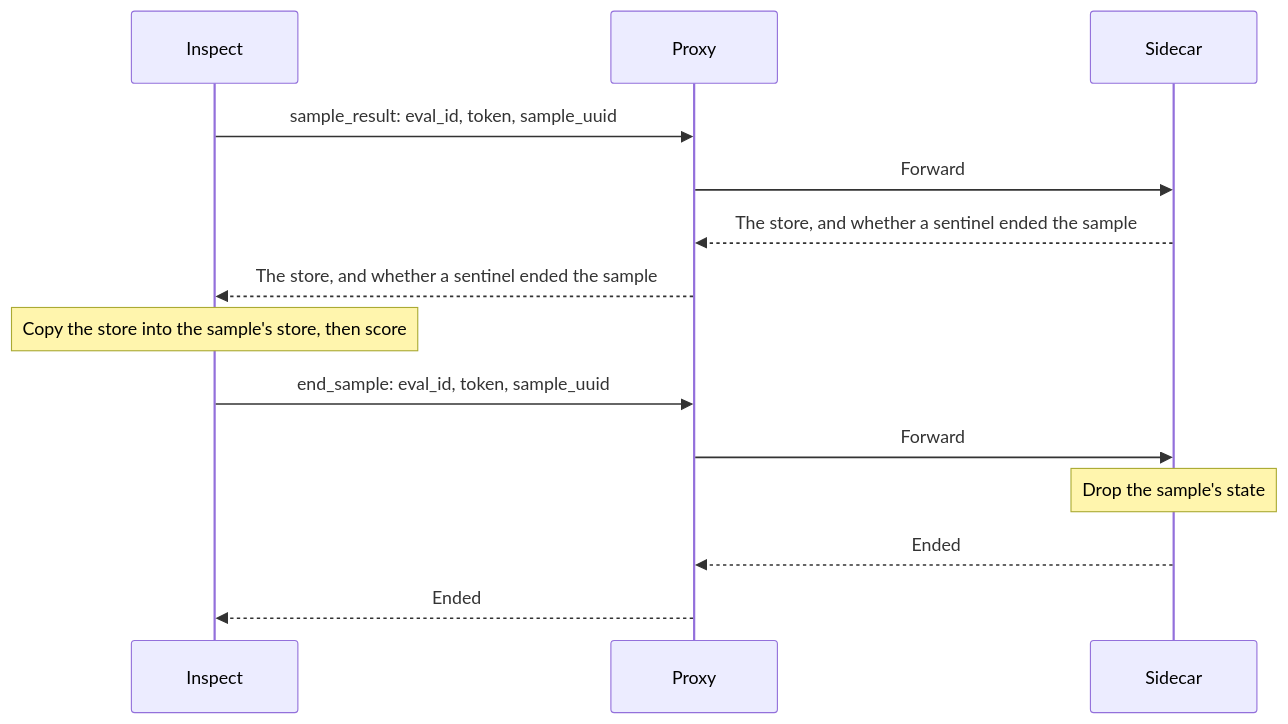
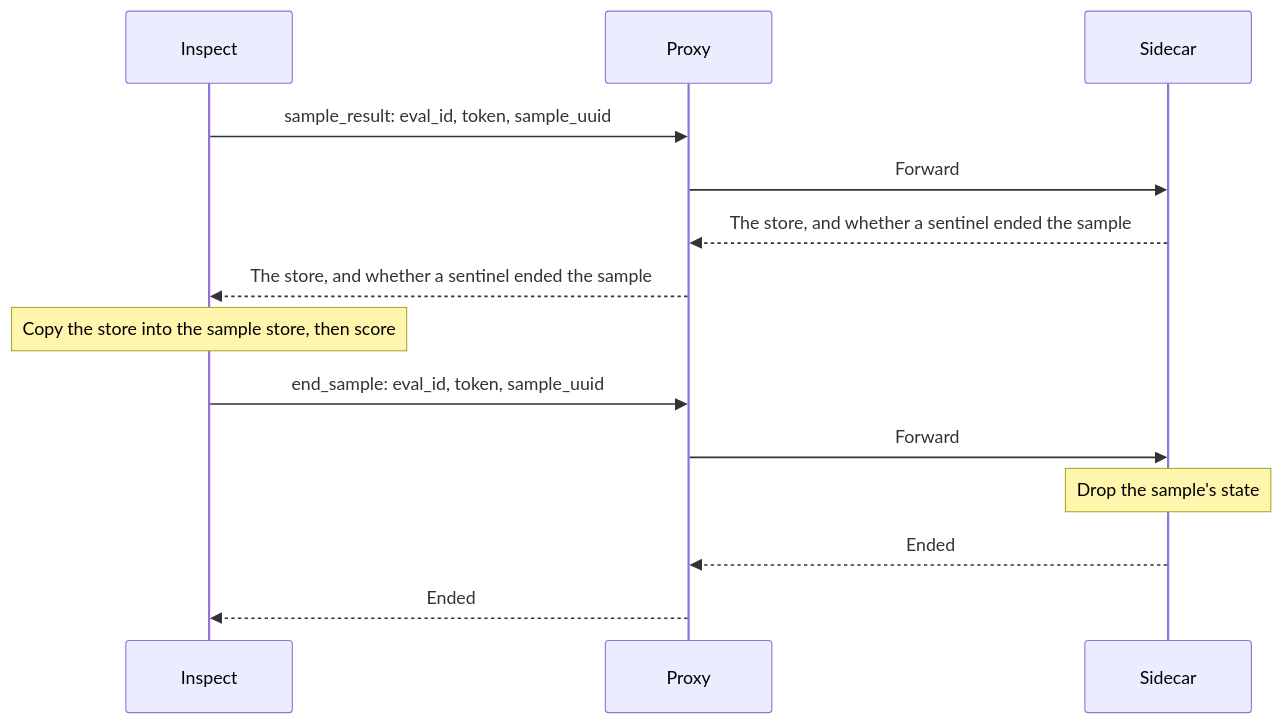
One commit to meridianlabs-ai/inspect_sentinel changed the seventh of 9 diagrams in design/sidecar.md. Above: the diagram before and after it, drawn with Mermaid. The commit also changed other lines of this file and 2 other files, not shown here.

````diff
--- a/design/sidecar.md
+++ b/design/sidecar.md
@@ -802,16 +890,16 @@
 ```mermaid
 sequenceDiagram
     participant I as Inspect
     participant P as Proxy
     participant S as Sidecar
     I->>P: sample_result: eval_id, token, sample_uuid
     P->>S: Forward
     S-->>P: The store, and whether a sentinel ended the sample
     P-->>I: The store, and whether a sentinel ended the sample
-    Note over I: Copy the store into the sample's store, then score
+    Note over I: Copy the store into the sample store, then score
     I->>P: end_sample: eval_id, token, sample_uuid
     P->>S: Forward
     Note over S: Drop the sample's state
     S-->>P: Ended
     P-->>I: Ended
 ```
````
